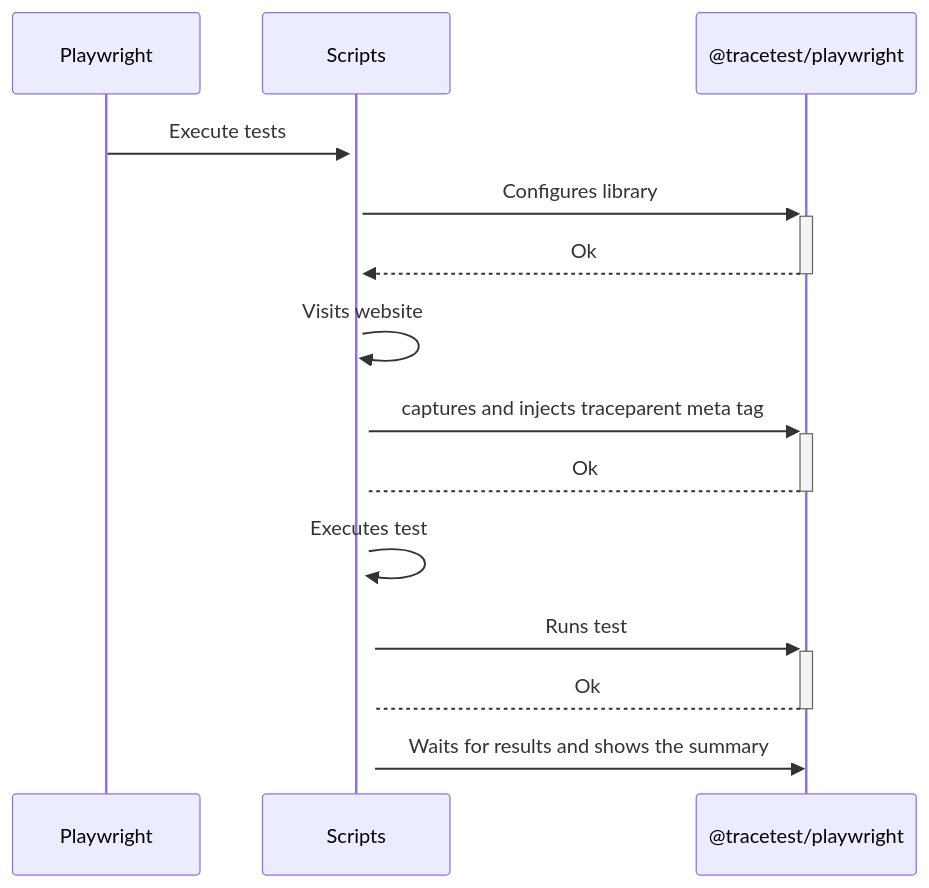
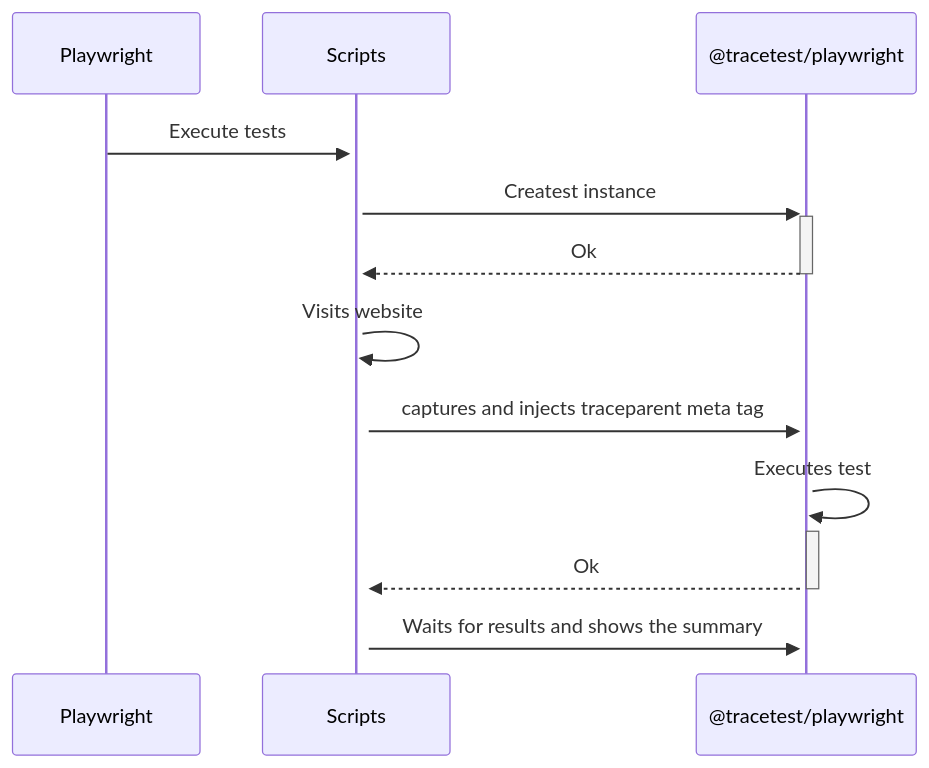
One commit to kubeshop/tracetest changed the diagram in docs/docs/tools-and-integrations/playwright.mdx. Above: the diagram before and after it, drawn with Mermaid. The commit also changed other lines of this file and 1 other file, not shown here.

````diff
--- a/docs/docs/tools-and-integrations/playwright.mdx
+++ b/docs/docs/tools-and-integrations/playwright.mdx
@@ -30,13 +30,11 @@
 ```mermaid
 sequenceDiagram
   Playwright->>+Scripts: Execute tests
-  Scripts->>+@tracetest/playwright: Configures library
+  Scripts->>+@tracetest/playwright: Createst instance
   @tracetest/playwright-->>-Scripts: Ok
   Scripts->>+Scripts: Visits website
   Scripts->>+@tracetest/playwright: captures and injects traceparent meta tag
-  @tracetest/playwright-->-Scripts: Ok
-  Scripts->>+Scripts: Executes test
-  Scripts->>+@tracetest/playwright: Runs test
-  @tracetest/playwright-->-Scripts: Ok
+  @tracetest/playwright->>+@tracetest/playwright: Executes test
+  @tracetest/playwright-->>-Scripts: Ok
   Scripts->>@tracetest/playwright: Waits for results and shows the summary
 ```
````
